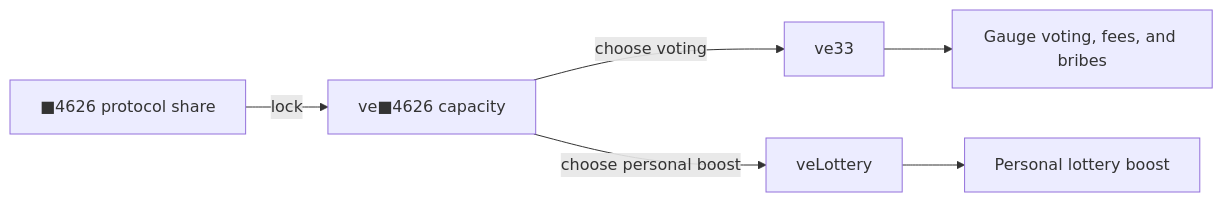
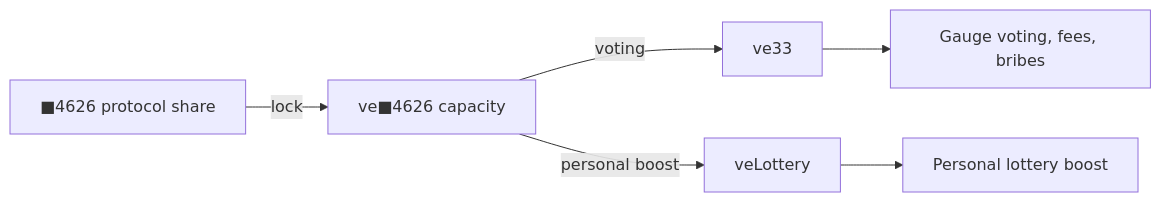
The diagram in docs/overview/ve4626.md (4626fun/4626), drawn with Mermaid before and after one commit. The commit also changed other lines of this file and 23 other files, not shown here.

````diff
--- a/docs/overview/ve4626.md
+++ b/docs/overview/ve4626.md
@@ -19,8 +19,8 @@
 ```mermaid
 flowchart LR
   LockAsset["■4626 protocol share"] -->|"lock"| VePower["ve■4626 capacity"]
-  VePower -->|"choose voting"| Ve33["ve33"]
-  VePower -->|"choose personal boost"| VeLottery["veLottery"]
-  Ve33 --> GaugeVoting["Gauge voting, fees, and bribes"]
+  VePower -->|"voting"| Ve33["ve33"]
+  VePower -->|"personal boost"| VeLottery["veLottery"]
+  Ve33 --> GaugeVoting["Gauge voting, fees, bribes"]
   VeLottery --> PersonalBoost["Personal lottery boost"]
 ```
````
